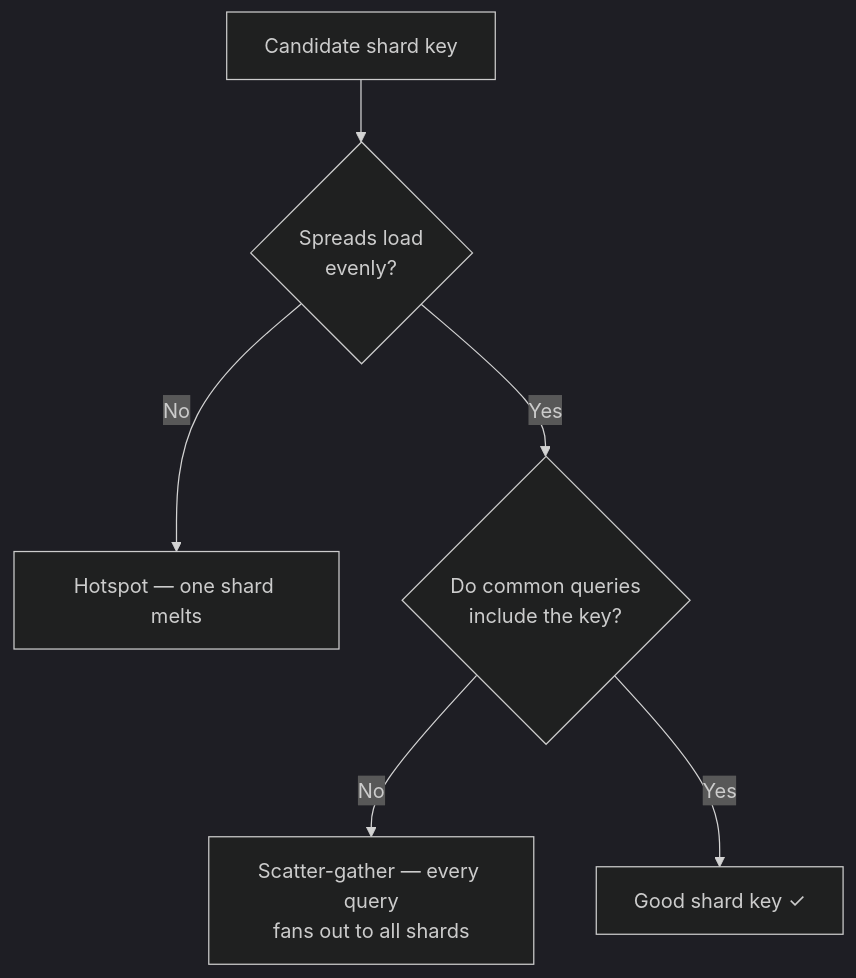
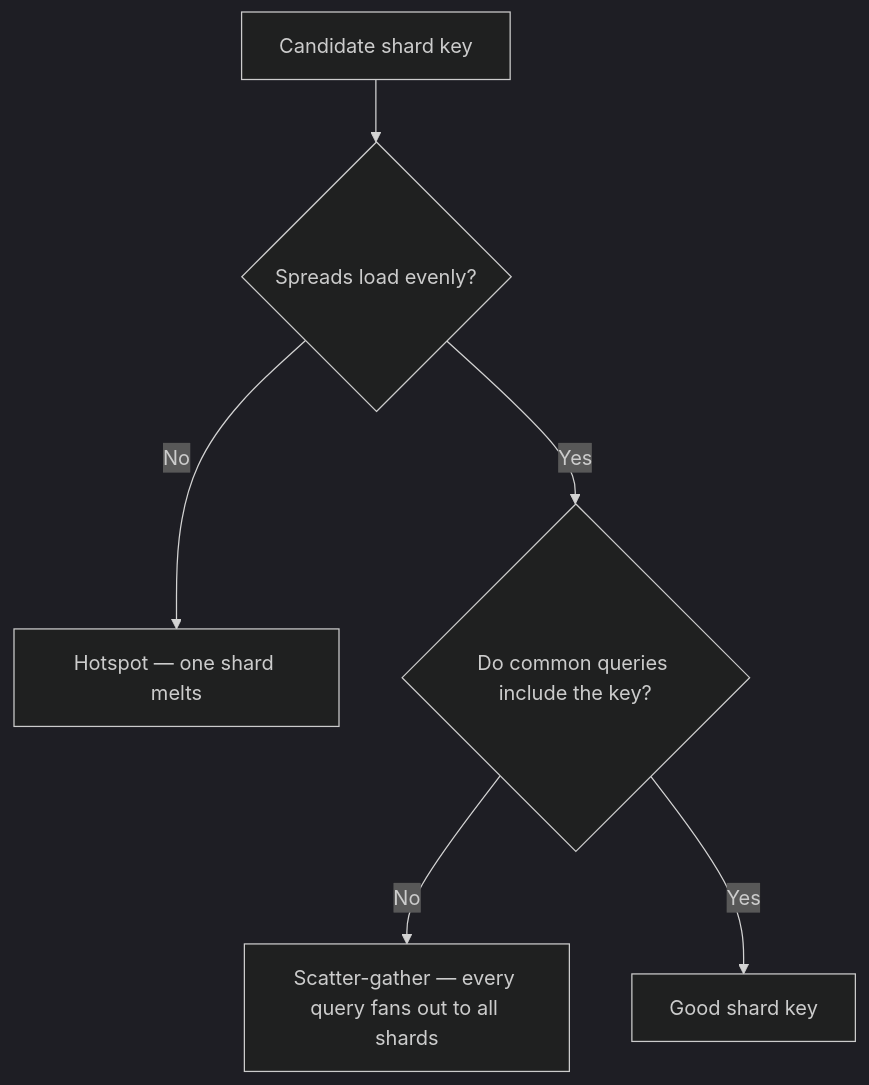
The third of 3 diagrams in src/modules/system-design/content/04-databases/03-sharding.md (mohammad-mriesh-job/cortex), drawn with Mermaid (dark theme) before and after one commit. The commit also changed other lines of this file and 257 other files, not shown here.

````diff
--- a/src/modules/system-design/content/04-databases/03-sharding.md
+++ b/src/modules/system-design/content/04-databases/03-sharding.md
@@ -58,8 +58,8 @@
 ```mermaid
 flowchart TD
-  K["Candidate shard key"] --> D{"Spreads load<br/>evenly?"}
+  K["Candidate shard key"] --> D{"Spreads load evenly?"}
   D -->|No| HOT["Hotspot — one shard melts"]
-  D -->|Yes| Q{"Do common queries<br/>include the key?"}
-  Q -->|No| SG["Scatter-gather — every query<br/>fans out to all shards"]
-  Q -->|Yes| GOOD["Good shard key ✓"]
+  D -->|Yes| Q{"Do common queries include the key?"}
+  Q -->|No| SG["Scatter-gather — every query fans out to all shards"]
+  Q -->|Yes| GOOD["Good shard key"]
 ```
````
